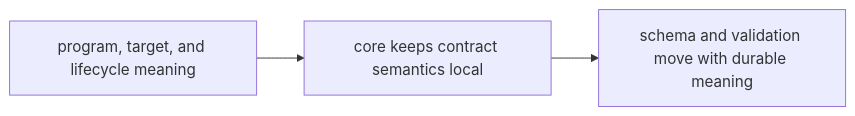
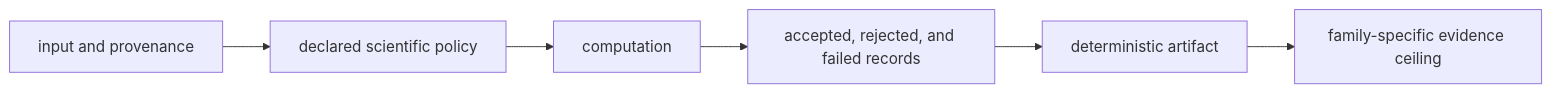
One commit to bijux/bijux-proteomics changed the diagram in docs/04-bijux-proteomics-core/quality/invariants.md. Above: the diagram before and after it, drawn with Mermaid. The commit also changed other lines of this file and 2 other files, not shown here.

Commit message:
docs(core): connect scientific claims to proof

````diff
--- a/docs/04-bijux-proteomics-core/quality/invariants.md
+++ b/docs/04-bijux-proteomics-core/quality/invariants.md
@@ -16,8 +32,8 @@
 ```mermaid
 flowchart LR
-    program["program, target, and lifecycle meaning"]
-    boundary["core keeps contract semantics local"]
-    alignment["schema and validation move with durable meaning"]
-
-    program --> boundary --> alignment
+    I["input and provenance"] --> P["declared scientific policy"]
+    P --> C["computation"]
+    C --> A["accepted, rejected, and failed records"]
+    A --> O["deterministic artifact"]
+    O --> E["family-specific evidence ceiling"]
 ```
````
